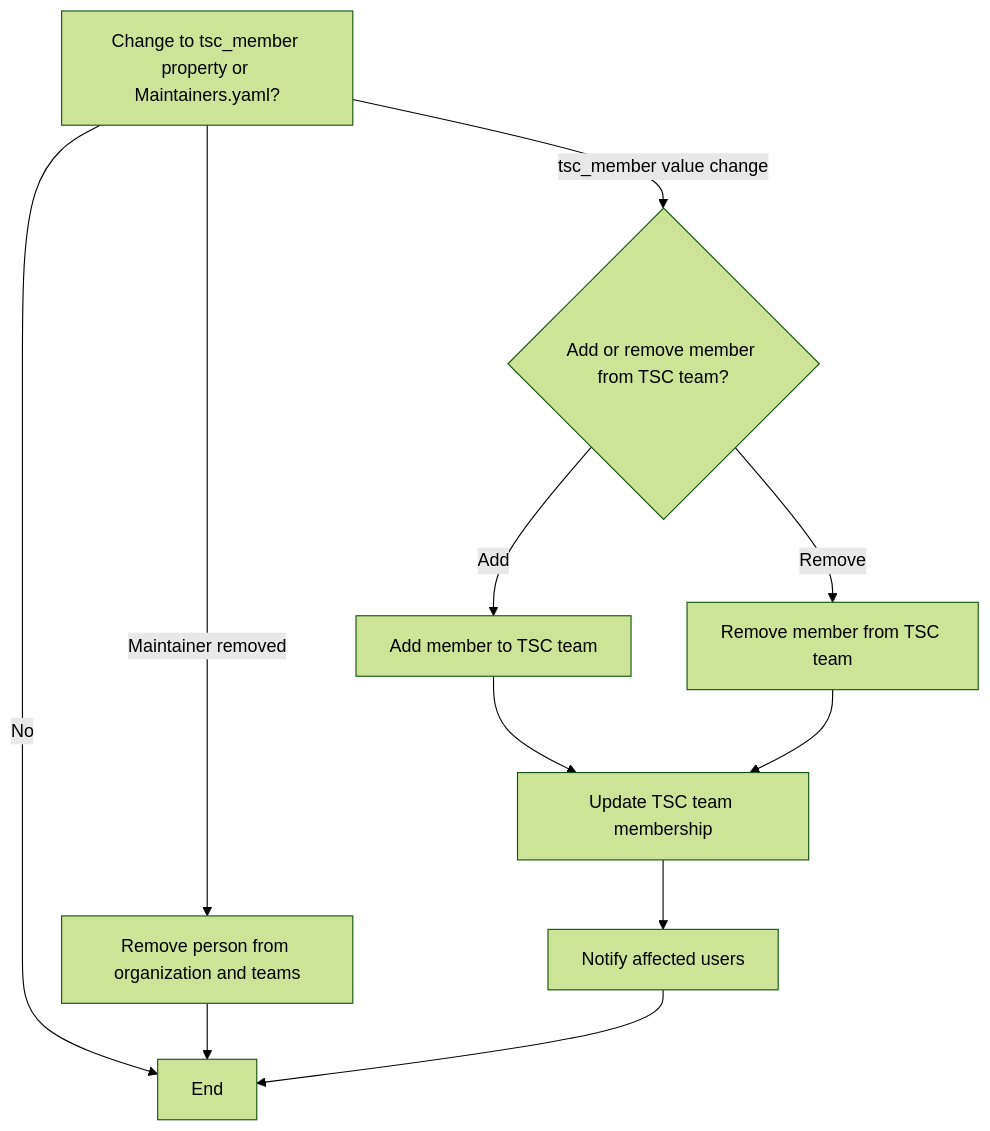
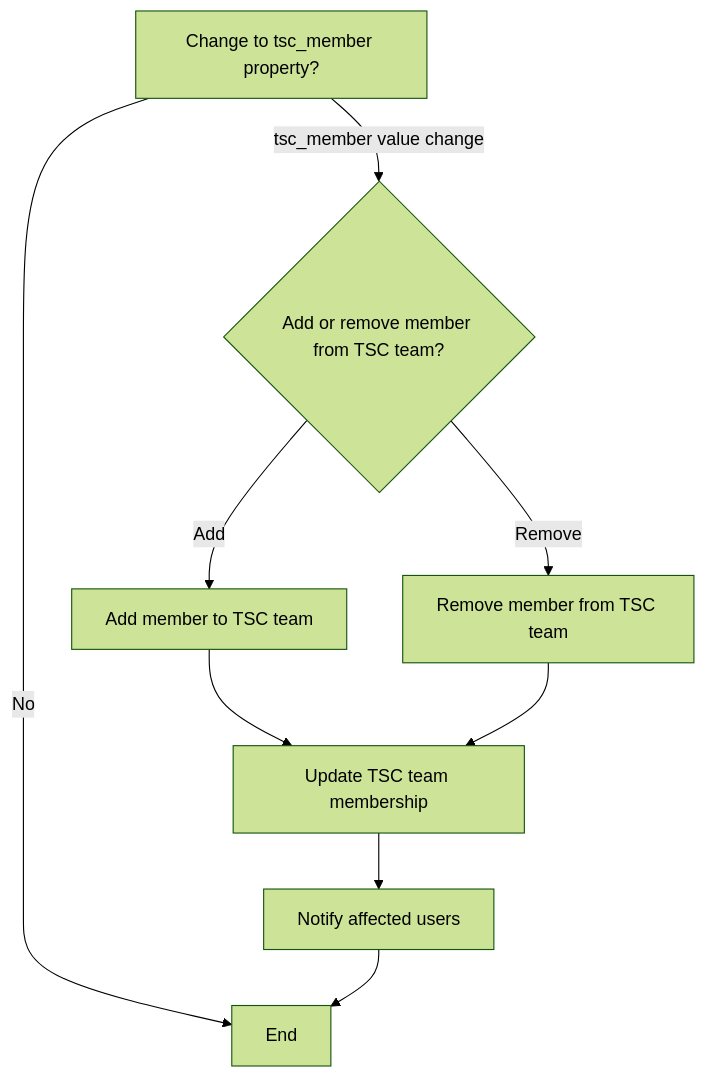
One commit to 14Richa/testRepo1 changed the seventh of 11 diagrams in scripts/README.md. Above: the diagram before and after it, drawn with Mermaid (forest theme). The commit also changed other lines of this file, not shown here.

````diff
--- a/scripts/README.md
+++ b/scripts/README.md
@@ -141,15 +139,12 @@
 ```mermaid
 graph TD;
-A[Change to tsc_member property or Maintainers.yaml?] --> |Maintainer removed| B[Remove person from organization and teams];
-A --> |No| E[End];
-
-B --> E[End];
+A[Change to tsc_member property?] --> |No| E[End];
 
 A --> |tsc_member value change| F{Add or remove member from TSC team?};
 F --> |Add| G[Add member to TSC team];
 G --> H[Update TSC team membership];
 H --> I[Notify affected users];
 I --> E[End];
 F --> |Remove| K[Remove member from TSC team];
 K --> H;
 ```
````
